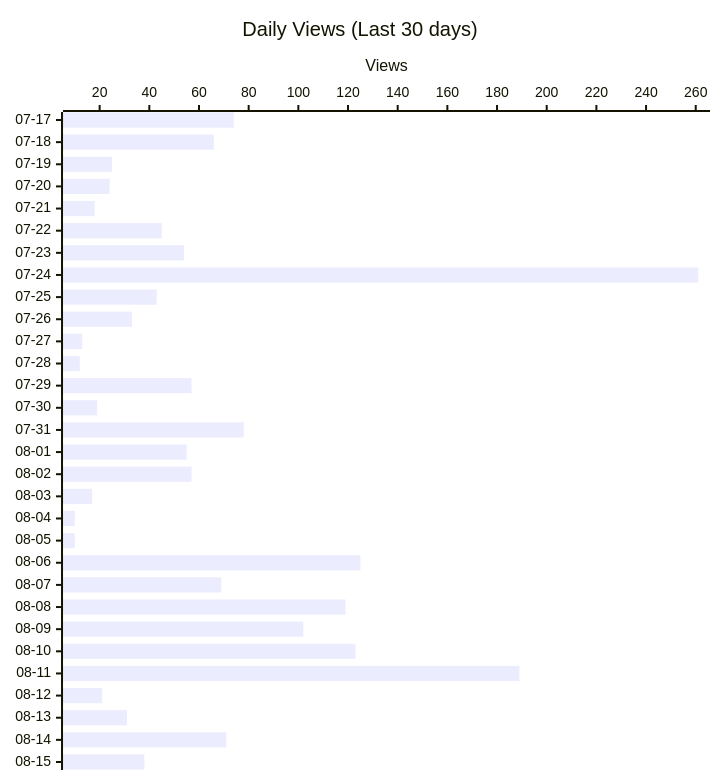
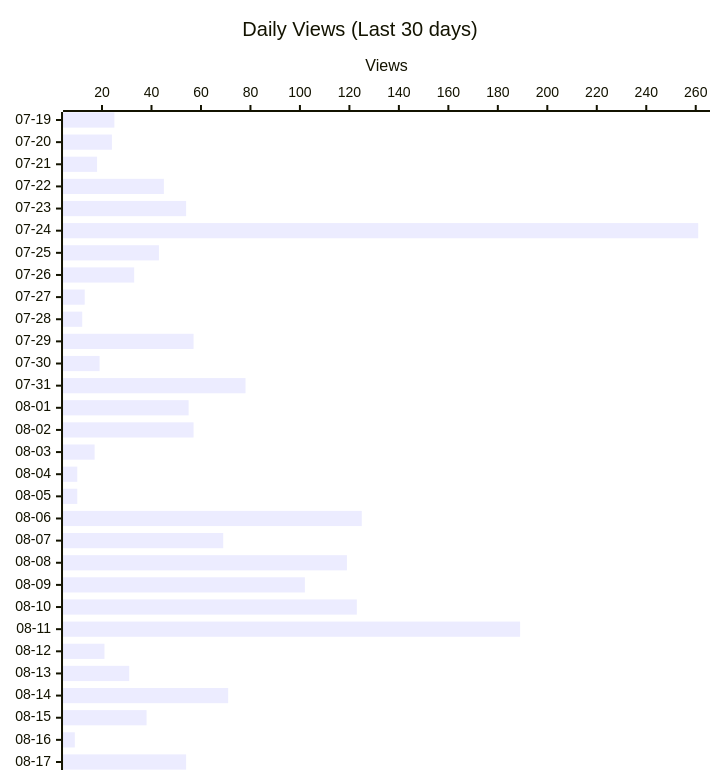
One commit to shigechika/github-insights changed the second of 4 diagrams in README.md. Above: the diagram before and after it, drawn with Mermaid. The commit also changed other lines of this file and 2 other files, not shown here.

````diff
--- a/README.md
+++ b/README.md
@@ -28,12 +28,12 @@
 ```mermaid
 ---
 config:
   xyChart:
     height: 760
 ---
 xychart-beta horizontal
     title "Daily Views (Last 30 days)"
-    x-axis ["07-17", "07-18", "07-19", "07-20", "07-21", "07-22", "07-23", "07-24", "07-25", "07-26", "07-27", "07-28", "07-29", "07-30", "07-31", "08-01", "08-02", "08-03", "08-04", "08-05", "08-06", "08-07", "08-08", "08-09", "08-10", "08-11", "08-12", "08-13", "08-14", "08-15"]
+    x-axis ["07-19", "07-20", "07-21", "07-22", "07-23", "07-24", "07-25", "07-26", "07-27", "07-28", "07-29", "07-30", "07-31", "08-01", "08-02", "08-03", "08-04", "08-05", "08-06", "08-07", "08-08", "08-09", "08-10", "08-11", "08-12", "08-13", "08-14", "08-15", "08-16", "08-17"]
     y-axis "Views"
-    bar [74, 66, 25, 24, 18, 45, 54, 261, 43, 33, 13, 12, 57, 19, 78, 55, 57, 17, 10, 10, 125, 69, 119, 102, 123, 189, 21, 31, 71, 38]
+    bar [25, 24, 18, 45, 54, 261, 43, 33, 13, 12, 57, 19, 78, 55, 57, 17, 10, 10, 125, 69, 119, 102, 123, 189, 21, 31, 71, 38, 9, 54]
 ```
````
